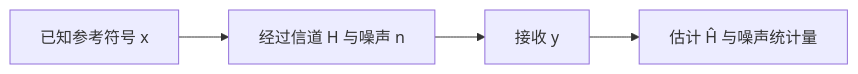
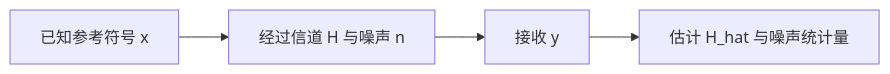
One commit to guozhimig/3gpp-learning changed the first of 2 diagrams in DOCs/信道估计：从SISO到MIMO（原理与工程对照）.md. Above: the diagram before and after it, drawn with Mermaid. The commit also changed other lines of this file, not shown here.

````diff
--- a/DOCs/信道估计：从SISO到MIMO（原理与工程对照）.md
+++ b/DOCs/信道估计：从SISO到MIMO（原理与工程对照）.md
@@ -16,6 +16,6 @@
 ```mermaid
 flowchart LR
-  A[已知参考符号 x] --> B[经过信道 H 与噪声 n]
-  B --> C[接收 y]
-  C --> D[估计 Ĥ 与噪声统计量]
+  A["已知参考符号 x"] --> B["经过信道 H 与噪声 n"]
+  B --> C["接收 y"]
+  C --> D["估计 H_hat 与噪声统计量"]
 ```
````
